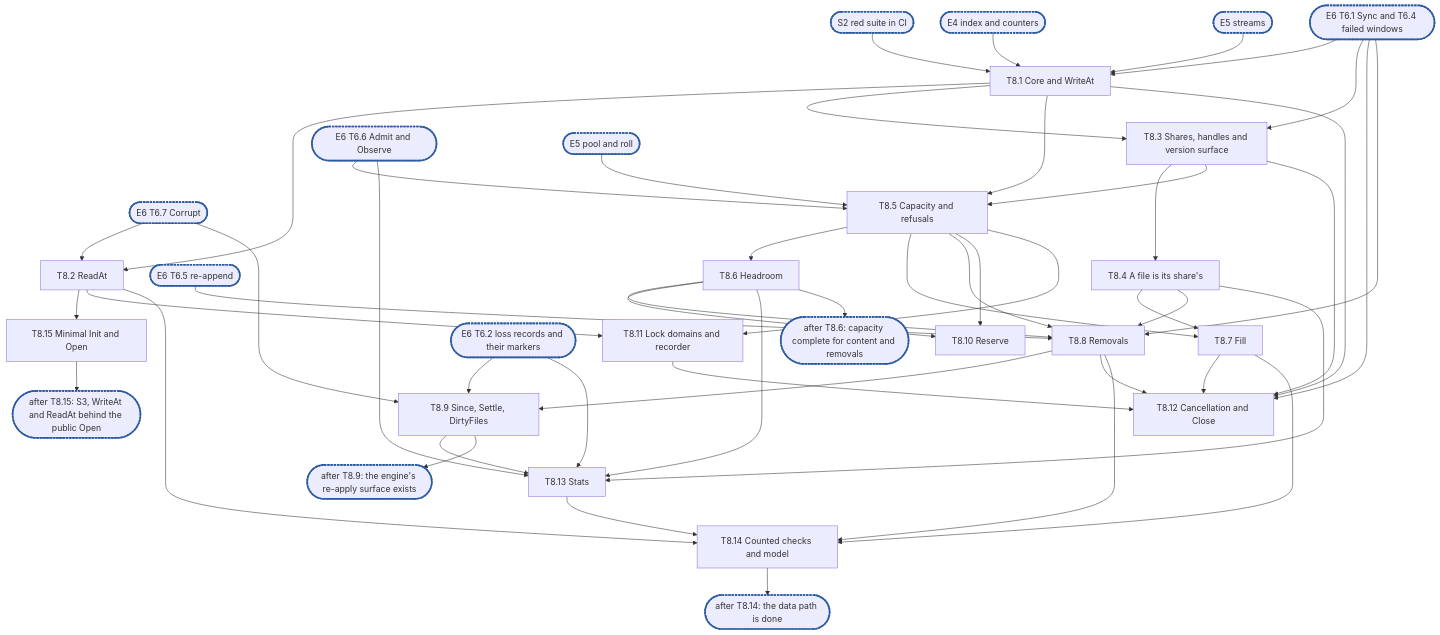
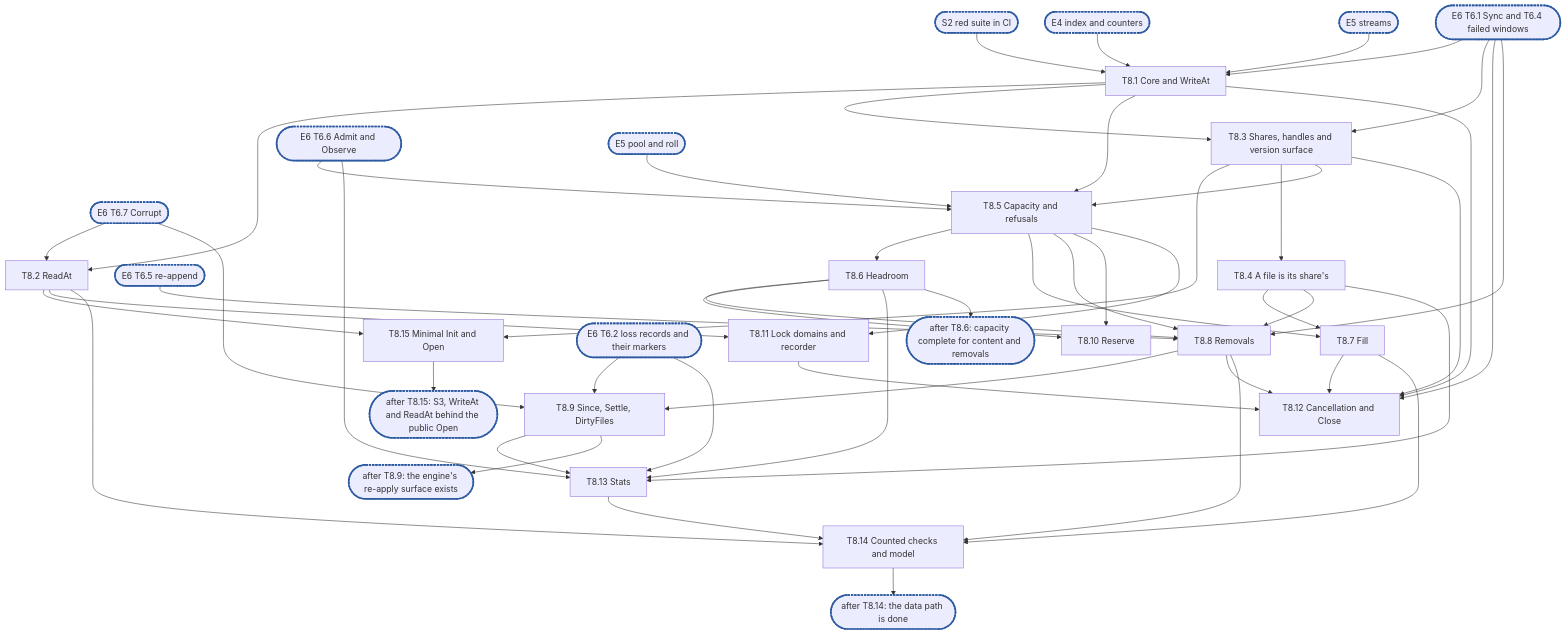
The diagram in docs/internals/planning/rfc-1-journal-epic8.md (marmos91/dittofs), drawn with Mermaid before and after one commit. The commit also changed other lines of this file and 3 other files, not shown here.

````diff
--- a/docs/internals/planning/rfc-1-journal-epic8.md
+++ b/docs/internals/planning/rfc-1-journal-epic8.md
@@ -1207,52 +1228,53 @@
 ```mermaid
 flowchart TD
   S2(["S2 red suite in CI"]):::sync --> T1["T8.1 Core and WriteAt"]
   E4(["E4 index and counters"]):::sync --> T1
   E5s(["E5 streams"]):::sync --> T1
   E6a(["E6 T6.1 Sync and T6.4 failed windows"]):::sync --> T1
   E6c(["E6 T6.7 Corrupt"]):::sync --> T2
   E6c --> T9
   E6x(["E6 T6.5 re-append"]):::sync --> T8
   E6a --> T3
   E6a --> T12
   E6r(["E6 T6.6 Admit and Observe"]):::sync --> T5
   E6r --> T13
   T1 --> T2["T8.2 ReadAt"]
   T1 --> T3["T8.3 Shares, handles and version surface"]
   T2 --> T15["T8.15 Minimal Init and Open"]
+  T3 --> T15
   T15 --> C1(["after T8.15: S3, WriteAt and ReadAt behind the public Open"]):::sync
   T3 --> T4["T8.4 A file is its share's"]
   T1 --> T5["T8.5 Capacity and refusals"]
   T3 --> T5
   E5p(["E5 pool and roll"]):::sync --> T5
   T5 --> T6["T8.6 Headroom"]
   T5 --> T7["T8.7 Fill"]
   T4 --> T7
   T4 --> T8["T8.8 Removals"]
   T5 --> T8
   T6 --> T8
   E6a --> T8
   T5 --> T10["T8.10 Reserve"]
   T6 --> T10
   T8 --> T9["T8.9 Since, Settle, DirtyFiles"]
   E6l(["E6 T6.2 loss records and their markers"]):::sync --> T9
   E6l --> T13
   T2 --> T11["T8.11 Lock domains and recorder"]
   T5 --> T11
   T1 --> T12["T8.12 Cancellation and Close"]
   T3 --> T12
   T7 --> T12
   T8 --> T12
   T11 --> T12
   T4 --> T13["T8.13 Stats"]
   T6 --> T13
   T9 --> T13
   T2 --> T14["T8.14 Counted checks and model"]
   T7 --> T14
   T8 --> T14
   T13 --> T14
   T6 --> C2(["after T8.6: capacity complete for content and removals"]):::sync
   T9 --> C3(["after T8.9: the engine's re-apply surface exists"]):::sync
   T14 --> C4(["after T8.14: the data path is done"]):::sync
   classDef sync stroke:#2c5aa0,stroke-width:3px,stroke-dasharray:4 2
 ```
````
